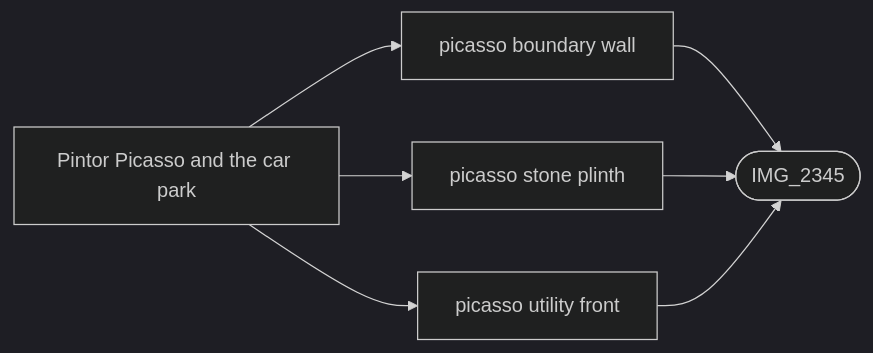
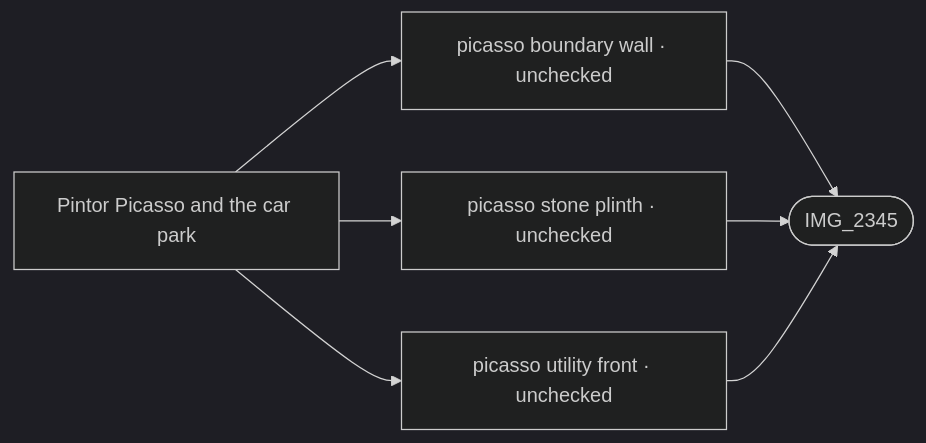
Before and after one commit to daveyboyc/villacana-venture: the diagram in refs/areas/picasso.md, drawn with Mermaid (dark theme). The commit also changed other lines of this file and 47 other files, not shown here.

````diff
--- a/refs/areas/picasso.md
+++ b/refs/areas/picasso.md
@@ -27,10 +27,10 @@
 ```mermaid
 graph LR
   A["Pintor Picasso and the car park"]
-  A --> F0["picasso boundary wall"]
+  A --> F0["picasso boundary wall · unchecked"]
   F0 --> PIMG_2345_jpg(["IMG_2345"])
-  A --> F1["picasso stone plinth"]
+  A --> F1["picasso stone plinth · unchecked"]
   F1 --> PIMG_2345_jpg(["IMG_2345"])
-  A --> F2["picasso utility front"]
+  A --> F2["picasso utility front · unchecked"]
   F2 --> PIMG_2345_jpg(["IMG_2345"])
 ```
````
